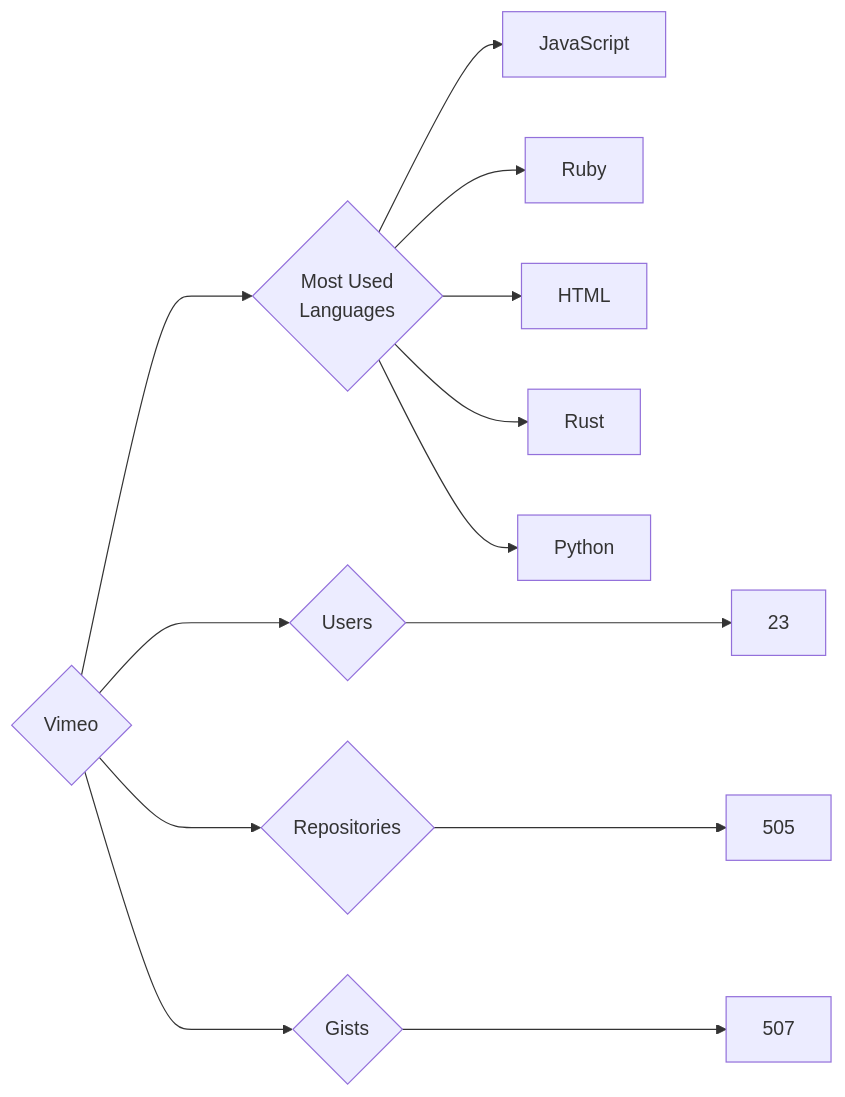
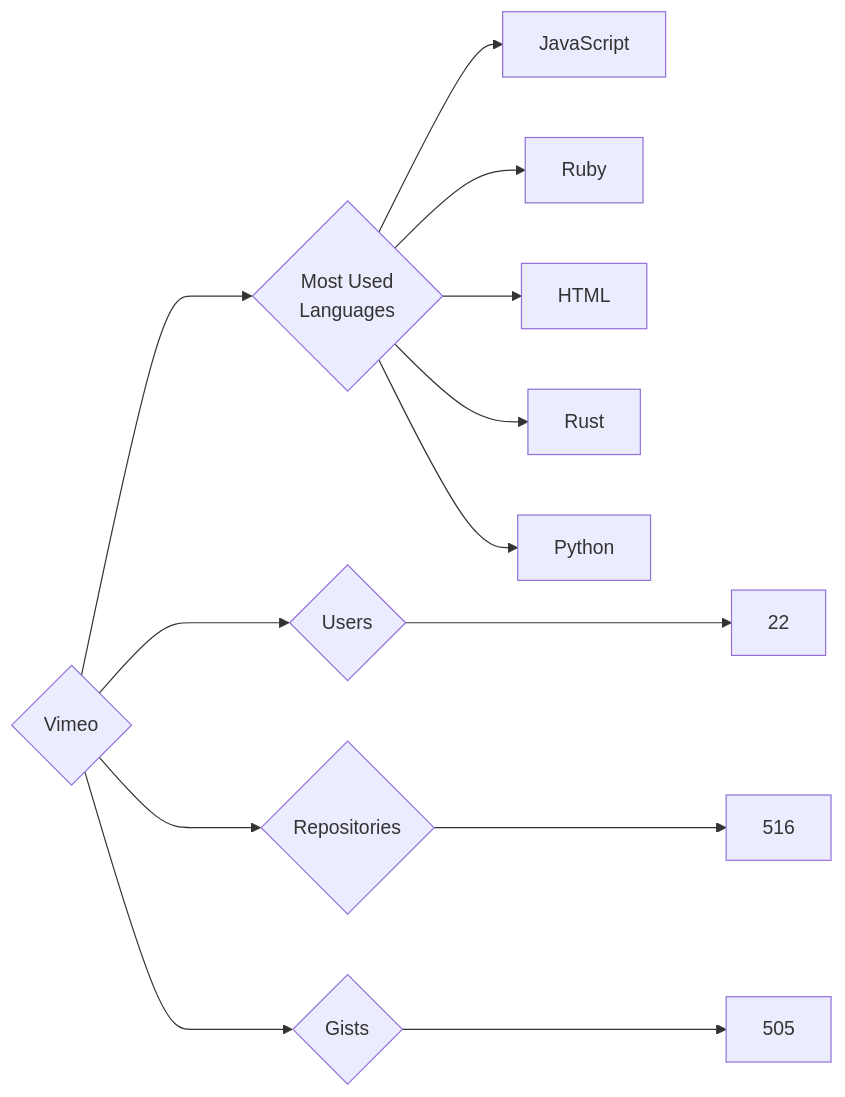
Before and after one commit to trickest/insiders: the diagram in targets/Vimeo/README.md, drawn with Mermaid. The commit also changed 939 other files, not shown here.

````diff
--- a/targets/Vimeo/README.md
+++ b/targets/Vimeo/README.md
@@ -3,13 +3,13 @@
 ```mermaid
 graph LR
 COMPANY_NAME{Vimeo}
-COMPANY_NAME ---> U{Users} ---> UN[23]
-COMPANY_NAME ---> R{Repositories} ---> RN[505]
-COMPANY_NAME ---> G{Gists} ---> GN[507]
+COMPANY_NAME ---> U{Users} ---> UN[22]
+COMPANY_NAME ---> R{Repositories} ---> RN[516]
+COMPANY_NAME ---> G{Gists} ---> GN[505]
 COMPANY_NAME ---> ML{Most Used<br>Languages}
 ML --> JavaScript[JavaScript]
 ML --> Ruby[Ruby]
 ML --> HTML[HTML]
 ML --> Rust[Rust]
 ML --> Python[Python]
 ```
````
